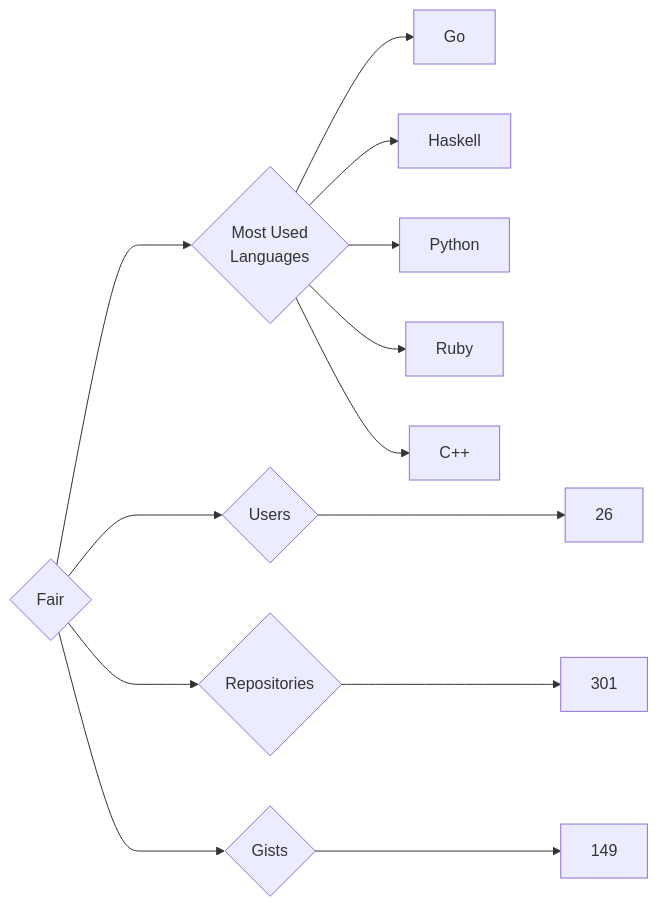
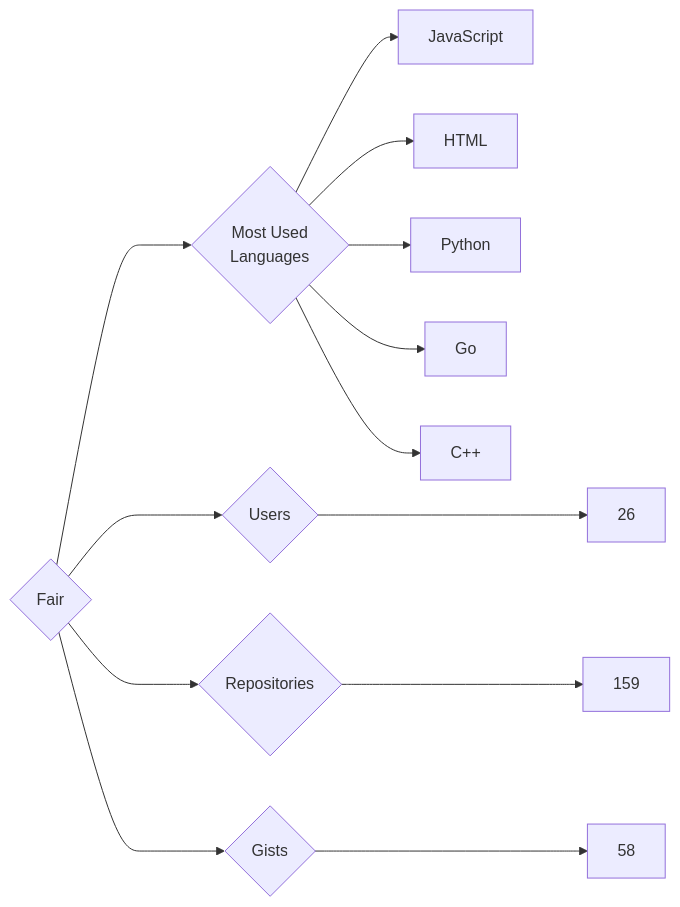
One commit to trickest/insiders changed the diagram in targets/Fair/README.md. Above: the diagram before and after it, drawn with Mermaid. The commit also changed 934 other files, not shown here.

````diff
--- a/targets/Fair/README.md
+++ b/targets/Fair/README.md
@@ -3,13 +3,13 @@
 ```mermaid
 graph LR
 COMPANY_NAME{Fair}
 COMPANY_NAME ---> U{Users} ---> UN[26]
-COMPANY_NAME ---> R{Repositories} ---> RN[301]
-COMPANY_NAME ---> G{Gists} ---> GN[149]
+COMPANY_NAME ---> R{Repositories} ---> RN[159]
+COMPANY_NAME ---> G{Gists} ---> GN[58]
 COMPANY_NAME ---> ML{Most Used<br>Languages}
+ML --> JavaScript[JavaScript]
+ML --> HTML[HTML]
+ML --> Python[Python]
 ML --> Go[Go]
-ML --> Haskell[Haskell]
-ML --> Python[Python]
-ML --> Ruby[Ruby]
 ML --> C++[C++]
 ```
````
